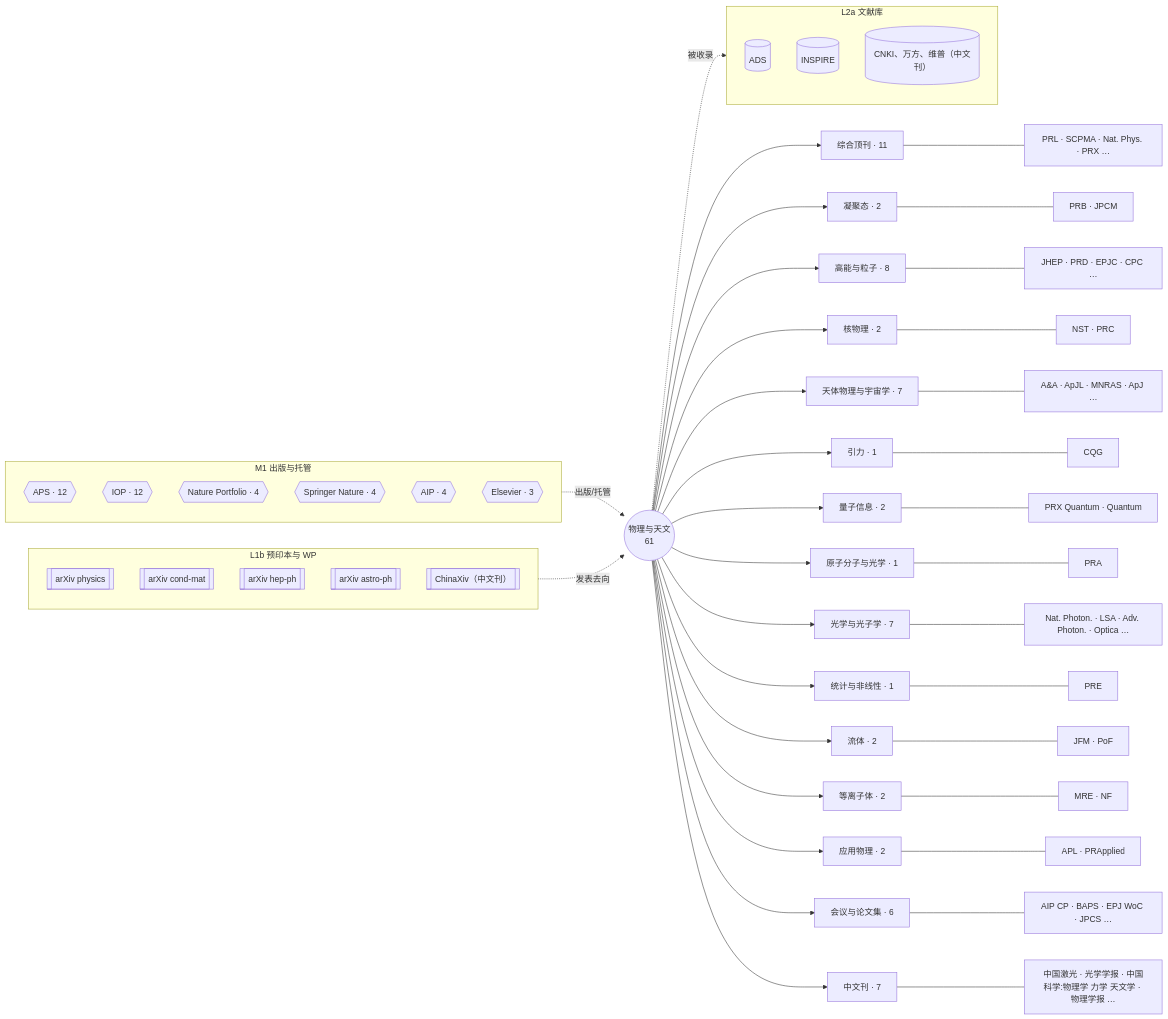
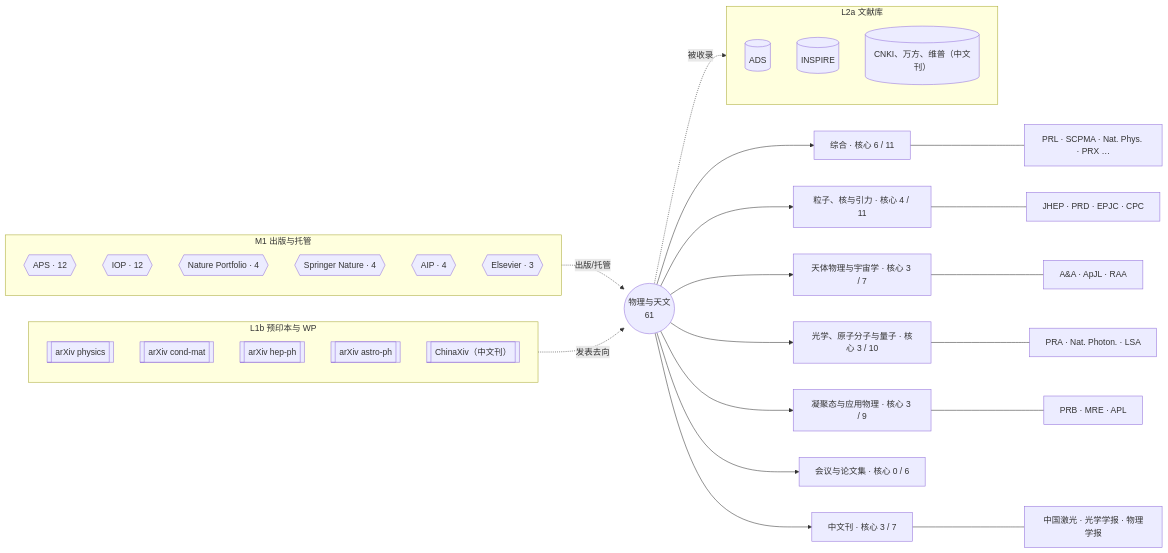
The diagram in docs/catalog/venues/physics-astronomy.md (yhyfhgs/Confluo), drawn with Mermaid before and after one commit. The commit also changed other lines of this file and 21 other files, not shown here.

````diff
--- a/docs/catalog/venues/physics-astronomy.md
+++ b/docs/catalog/venues/physics-astronomy.md
@@ -14,57 +14,40 @@
 ```mermaid
 flowchart LR
   D(("物理与天文<br/>61"))
-  D --> S0["综合顶刊 · 11"]
+  D --> S0["综合 · 核心 6 / 11"]
   S0 --- V0["PRL · SCPMA · Nat. Phys. · PRX …"]
-  D --> S1["凝聚态 · 2"]
-  S1 --- V1["PRB · JPCM"]
-  D --> S2["高能与粒子 · 8"]
-  S2 --- V2["JHEP · PRD · EPJC · CPC …"]
-  D --> S3["核物理 · 2"]
-  S3 --- V3["NST · PRC"]
-  D --> S4["天体物理与宇宙学 · 7"]
-  S4 --- V4["A&A · ApJL · MNRAS · ApJ …"]
-  D --> S5["引力 · 1"]
-  S5 --- V5["CQG"]
-  D --> S6["量子信息 · 2"]
-  S6 --- V6["PRX Quantum · Quantum"]
-  D --> S7["原子分子与光学 · 1"]
-  S7 --- V7["PRA"]
-  D --> S8["光学与光子学 · 7"]
-  S8 --- V8["Nat. Photon. · LSA · Adv. Photon. · Optica …"]
-  D --> S9["统计与非线性 · 1"]
-  S9 --- V9["PRE"]
-  D --> S10["流体 · 2"]
-  S10 --- V10["JFM · PoF"]
-  D --> S11["等离子体 · 2"]
-  S11 --- V11["MRE · NF"]
-  D --> S12["应用物理 · 2"]
-  S12 --- V12["APL · PRApplied"]
-  D --> S13["会议与论文集 · 6"]
-  S13 --- V13["AIP CP · BAPS · EPJ WoC · JPCS …"]
-  D --> SCN["中文刊 · 7"]
-  SCN --- VCN["中国激光 · 光学学报 · 中国科学:物理学 力学 天文学 · 物理学报 …"]
+  D --> S1["粒子、核与引力 · 核心 4 / 11"]
+  S1 --- V1["JHEP · PRD · EPJC · CPC"]
+  D --> S2["天体物理与宇宙学 · 核心 3 / 7"]
+  S2 --- V2["A&A · ApJL · RAA"]
+  D --> S3["光学、原子分子与量子 · 核心 3 / 10"]
+  S3 --- V3["PRA · Nat. Photon. · LSA"]
+  D --> S4["凝聚态与应用物理 · 核心 3 / 9"]
+  S4 --- V4["PRB · MRE · APL"]
+  D --> S5["会议与论文集 · 核心 0 / 6"]
+  D --> SCN["中文刊 · 核心 3 / 7"]
+  SCN --- VCN["中国激光 · 光学学报 · 物理学报"]
   subgraph M1["M1 出版与托管"]
     P0{{"APS · 12"}}
     P1{{"IOP · 12"}}
     P2{{"Nature Portfolio · 4"}}
     P3{{"Springer Nature · 4"}}
     P4{{"AIP · 4"}}
     P5{{"Elsevier · 3"}}
   end
   M1 -. 出版/托管 .-> D
   subgraph L2A["L2a 文献库"]
     A0[("ADS")]
     A1[("INSPIRE")]
     A2[("CNKI、万方、维普（中文刊）")]
   end
   D -. 被收录 .-> L2A
   subgraph L1B["L1b 预印本与 WP"]
     B0[["arXiv physics"]]
     B1[["arXiv cond-mat"]]
     B2[["arXiv hep-ph"]]
     B3[["arXiv astro-ph"]]
     B4[["ChinaXiv（中文刊）"]]
   end
   L1B -. 发表去向 .-> D
 ```
````
